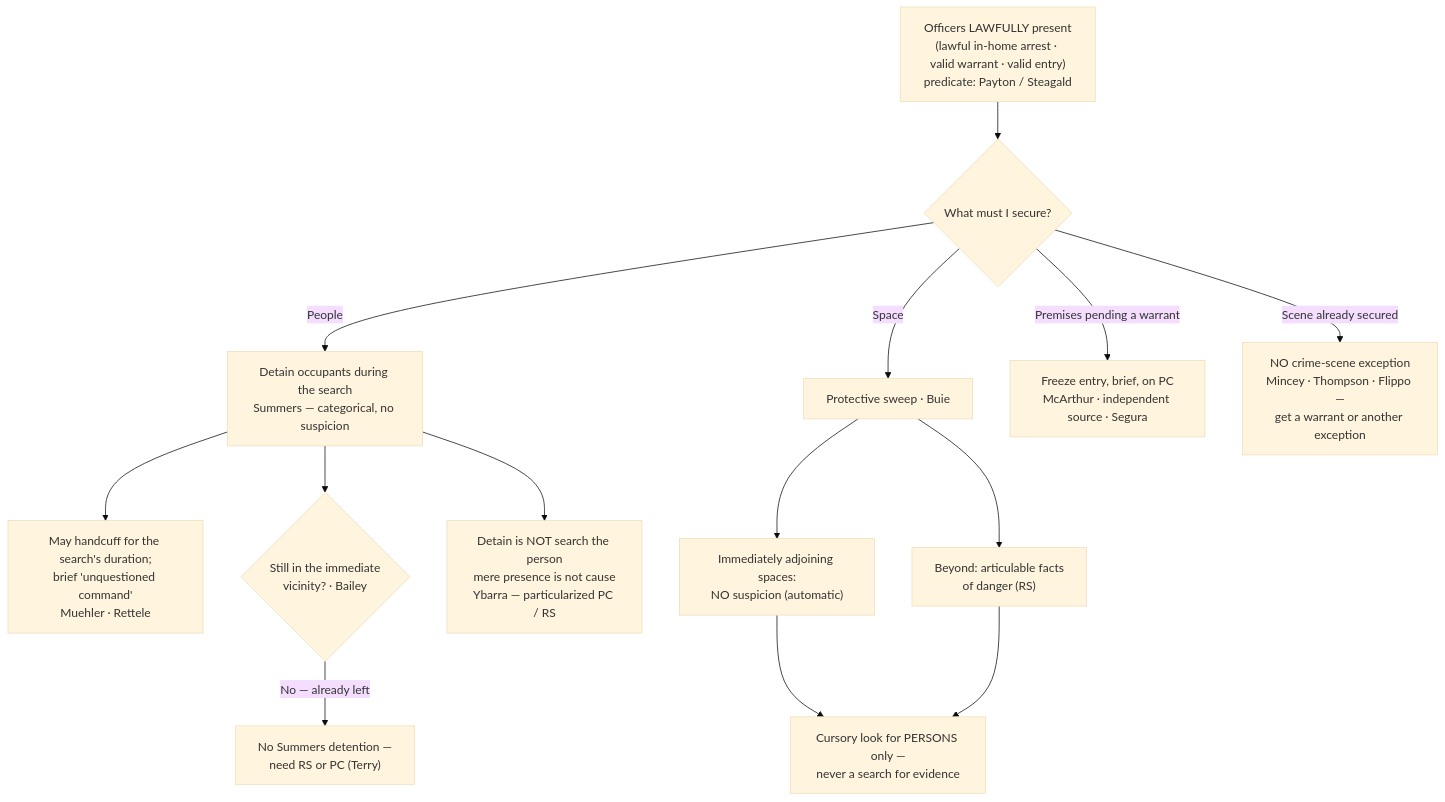
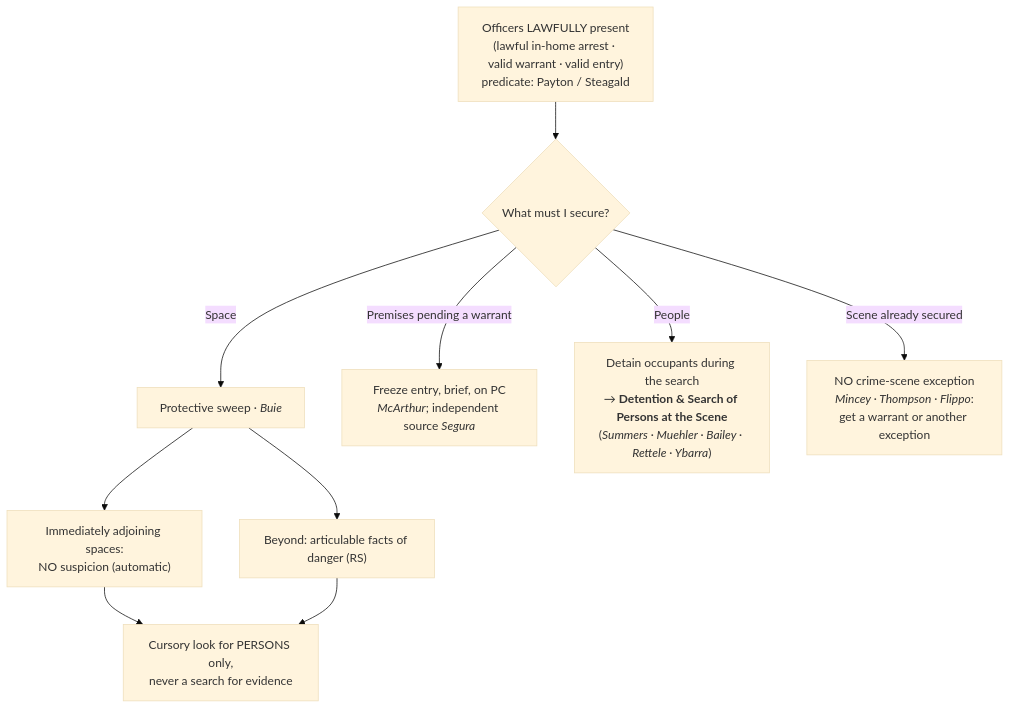
The diagram in content/warrant-exceptions/home-entry-and-search/Securing the Scene.md (Enragedsaturday/enragedsaturday.github.io), drawn with Mermaid (base theme) before and after one commit. The commit also changed other lines of this file and 20 other files, not shown here.

````diff
--- a/content/warrant-exceptions/home-entry-and-search/Securing the Scene.md
+++ b/content/warrant-exceptions/home-entry-and-search/Securing the Scene.md
@@ -78,16 +100,12 @@
 ```mermaid
 flowchart TD
   A["Officers LAWFULLY present<br/>(lawful in-home arrest · valid warrant · valid entry)<br/>predicate: Payton / Steagald"] --> B{"What must I secure?"}
-  B -->|People| C["Detain occupants during the search<br/>Summers — categorical, no suspicion"]
-  C --> D["May handcuff for the search's duration;<br/>brief 'unquestioned command'<br/>Muehler · Rettele"]
-  C --> E{"Still in the immediate<br/>vicinity? · Bailey"}
-  E -->|"No — already left"| F["No Summers detention —<br/>need RS or PC (Terry)"]
-  C --> Y["Detain is NOT search the person<br/>mere presence is not cause<br/>Ybarra — particularized PC / RS"]
-  B -->|Space| G["Protective sweep · Buie"]
+  B -->|Space| G["Protective sweep · <i>Buie</i>"]
   G --> H["Immediately adjoining spaces:<br/>NO suspicion (automatic)"]
-  G --> I["Beyond: articulable facts<br/>of danger (RS)"]
-  H --> J["Cursory look for PERSONS only —<br/>never a search for evidence"]
+  G --> I["Beyond: articulable facts of danger (RS)"]
+  H --> J["Cursory look for PERSONS only,<br/>never a search for evidence"]
   I --> J
-  B -->|"Premises pending a warrant"| K["Freeze entry, brief, on PC<br/>McArthur · independent source · Segura"]
-  B -->|"Scene already secured"| L["NO crime-scene exception<br/>Mincey · Thompson · Flippo —<br/>get a warrant or another exception"]
+  B -->|"Premises pending a warrant"| K["Freeze entry, brief, on PC<br/><i>McArthur</i>; independent source <i>Segura</i>"]
+  B -->|People| C["Detain occupants during the search<br/>&rarr; <b>Detention &amp; Search of Persons at the Scene</b><br/>(<i>Summers · Muehler · Bailey · Rettele · Ybarra</i>)"]
+  B -->|"Scene already secured"| L["NO crime-scene exception<br/><i>Mincey · Thompson · Flippo</i>:<br/>get a warrant or another exception"]
 ```
````
